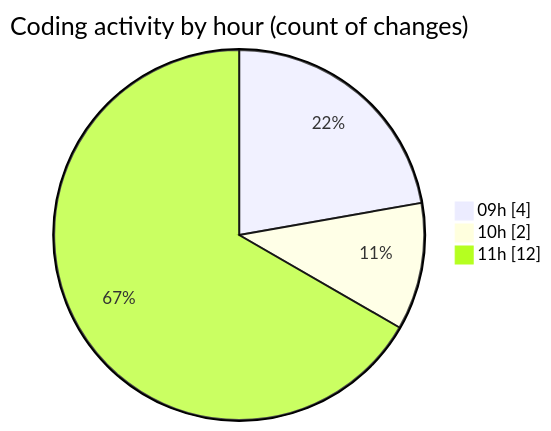
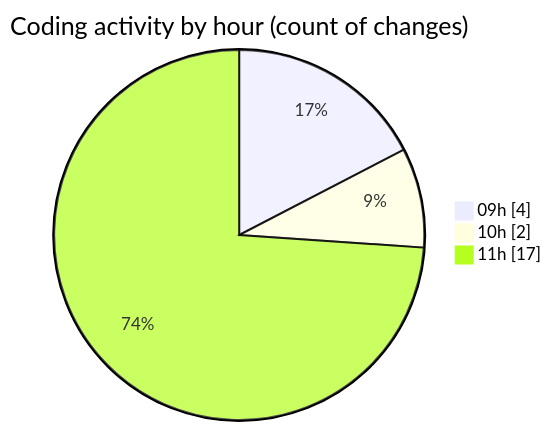
One commit to Elitesun/code-tracking changed the second of 2 diagrams in 2025-05-03/niten/README.md. Above: the diagram before and after it, drawn with Mermaid. The commit also changed other lines of this file and 1 other file, not shown here.

````diff
--- a/2025-05-03/niten/README.md
+++ b/2025-05-03/niten/README.md
@@ -31,7 +31,7 @@
 ```mermaid
 pie showData
 title Coding activity by hour (count of changes)
 "09h" : 4
 "10h" : 2
-"11h" : 12
+"11h" : 17
 ```
````
